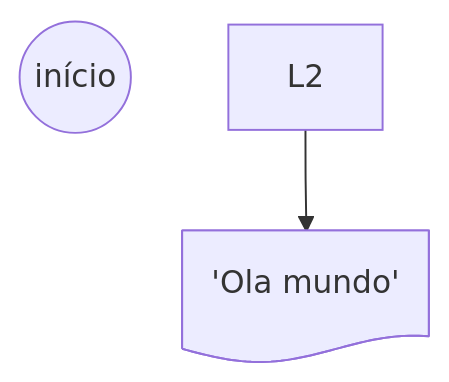
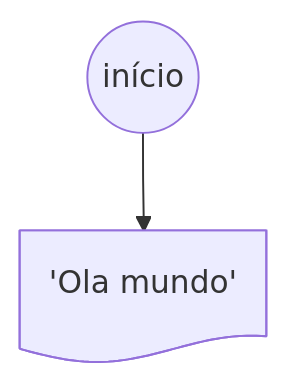
The diagram in doc.md (ricardodarocha/ferrugem), drawn with Mermaid before and after one commit.

````diff
--- a/doc.md
+++ b/doc.md
@@ -1,7 +1,7 @@
 ```mermaid
 flowchart TD
-L3@{ shape: circle, label: "início"}
+L2@{ shape: circle, label: "início"}
 L4@{ shape: doc, label: "'Ola mundo'"}
 L2 --> L4
 
 ```
````
